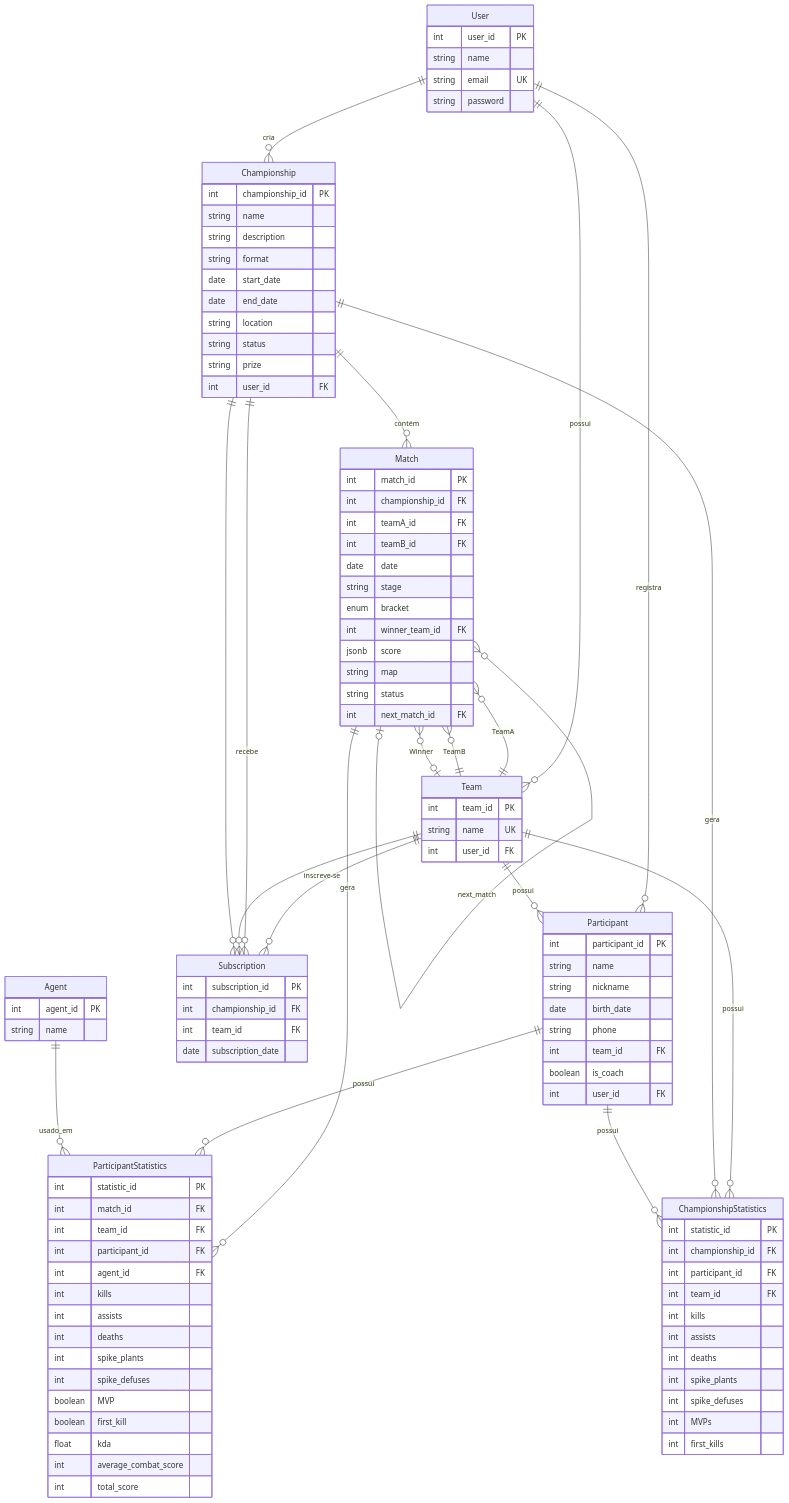
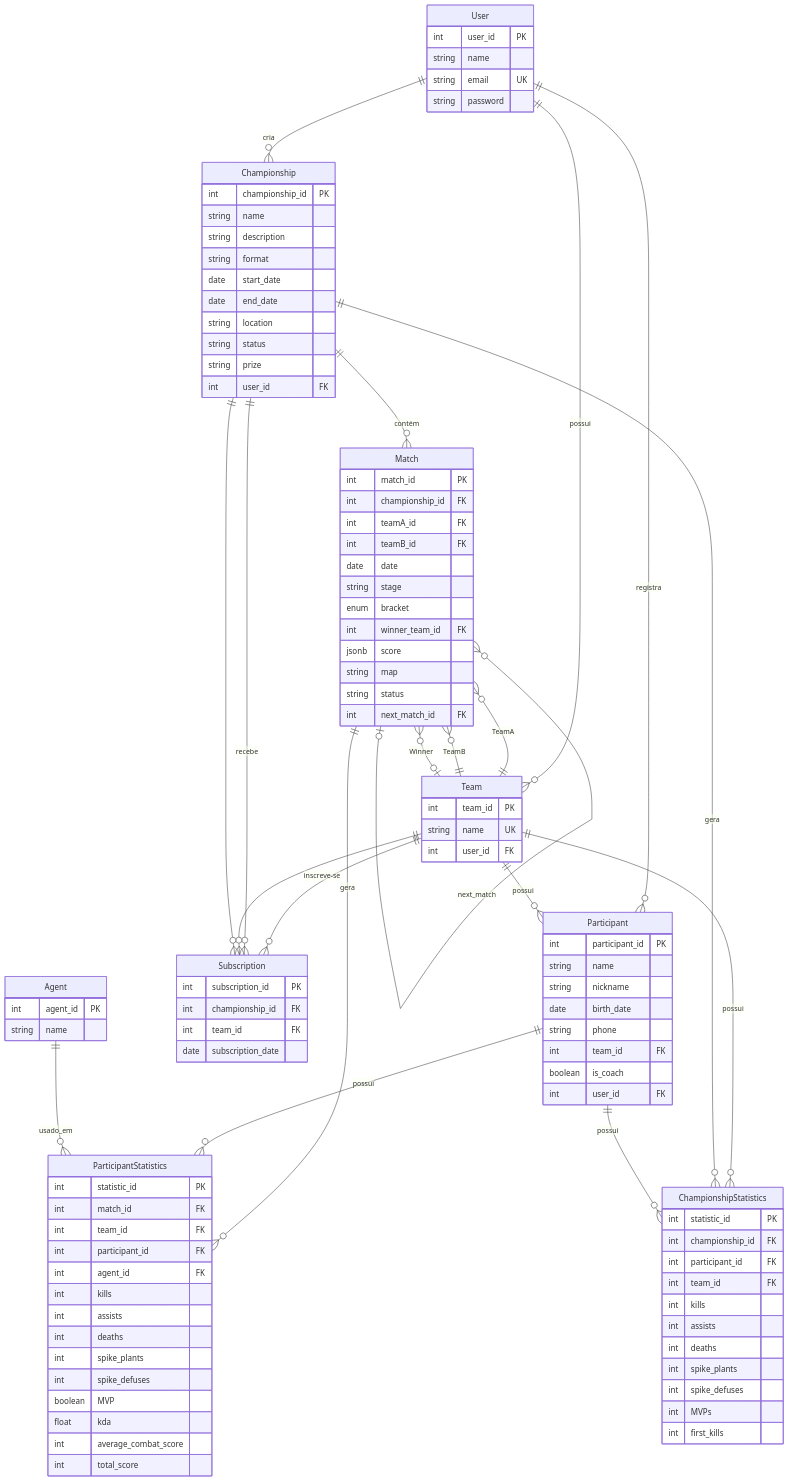
One commit to Matari73/GRUPO-A-CCE-AS66A changed the second of 4 diagrams in fase_3/diagramas/Valorant Tournament Management System - Diagrams.md. Above: the diagram before and after it, drawn with Mermaid. The commit also changed other lines of this file and 1 other file, not shown here.

Commit message:
att: fase 3 - class diagram

```diff
--- a/fase_3/diagramas/Valorant Tournament Management System - Diagrams.md
+++ b/fase_3/diagramas/Valorant Tournament Management System - Diagrams.md
@@ -178,7 +177,6 @@
         int spike_plants
         int spike_defuses
         boolean MVP
-        boolean first_kill
         float kda
         int average_combat_score
         int total_score
```
